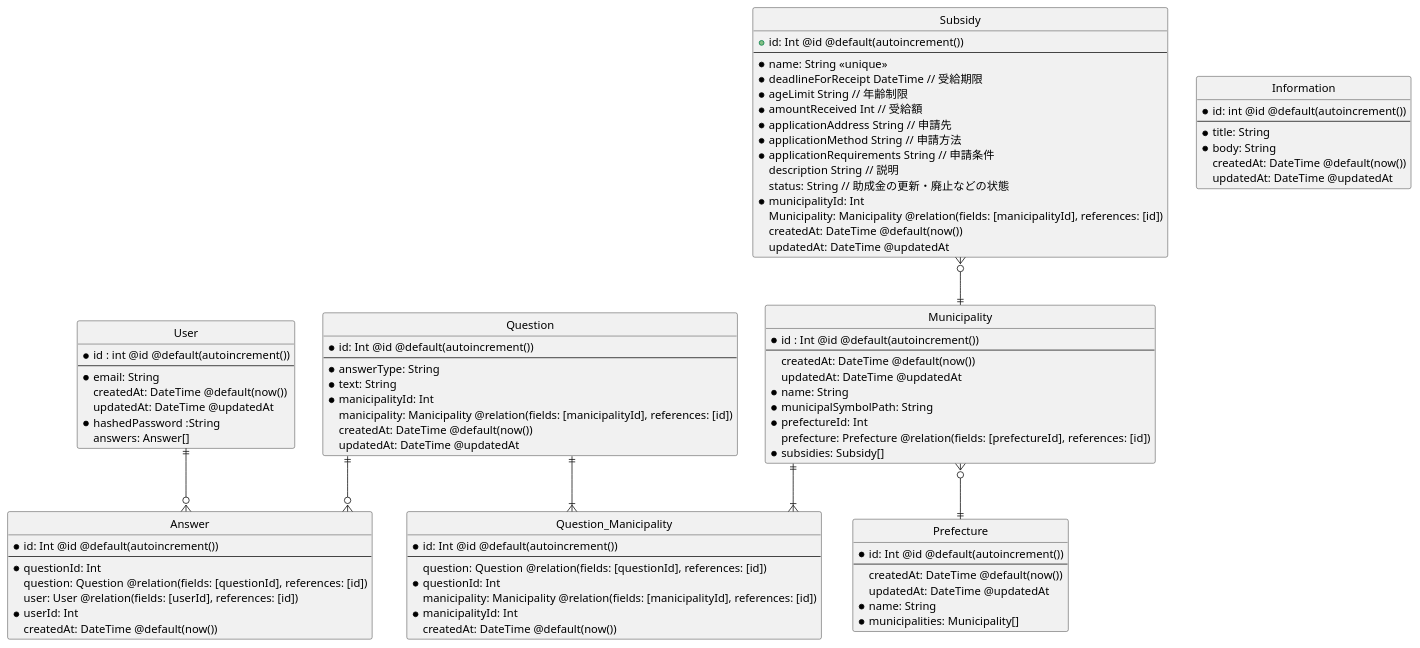
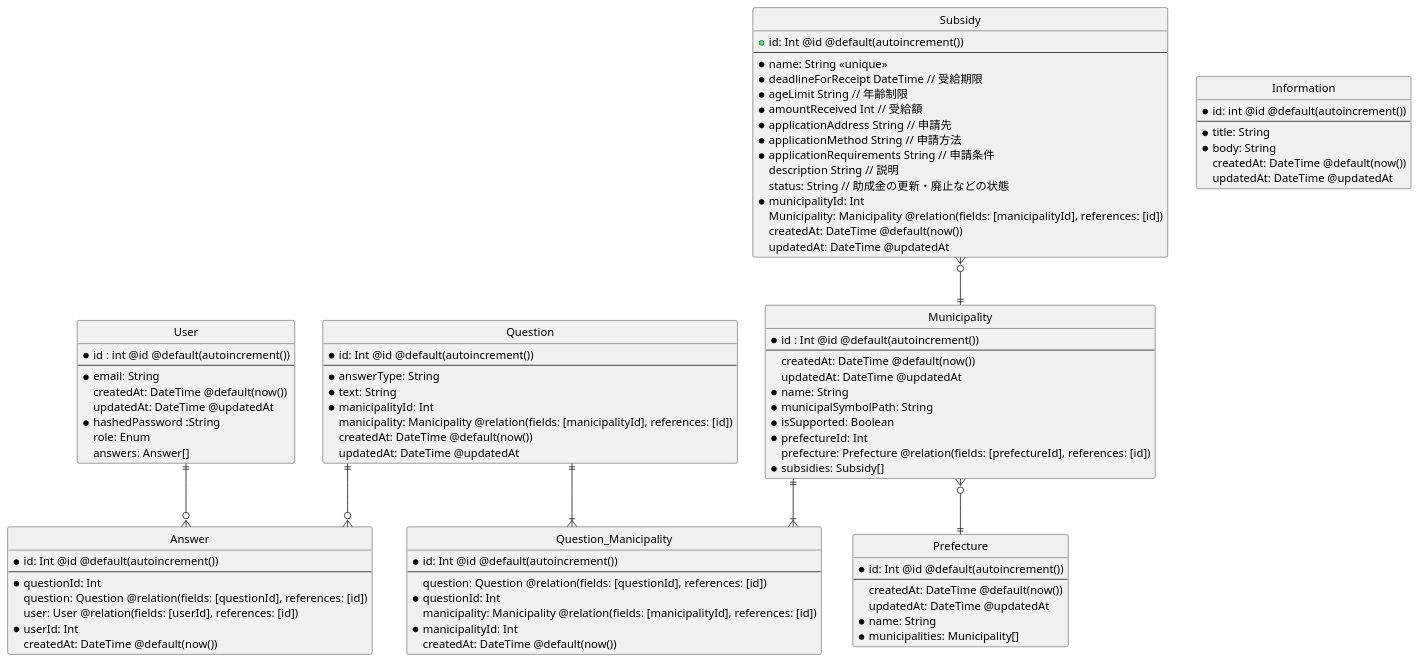
Before and after one commit to gigi434/ReStartNow: the diagram in app/backend/archive/db/physical design.pu, drawn with PlantUML. The commit also changed 13 other files, not shown here.

```diff
--- a/app/backend/archive/db/physical design.pu
+++ b/app/backend/archive/db/physical design.pu
@@ -1,109 +1,111 @@
 @startuml failure-story
 
 ' hide the spot
 hide circle
 
 ' avoid problems with angled crows feet
 skinparam linetype ortho
 
 entity "User" as user {
     *id : int @id @default(autoincrement())
     --
     *email: String
     createdAt: DateTime @default(now())
     updatedAt: DateTime @updatedAt
     *hashedPassword :String
+    role: Enum
     answers: Answer[]
 }
 
 entity "Municipality" as manicipality {
     *id : Int @id @default(autoincrement())
     --
     createdAt: DateTime @default(now())                  
     updatedAt: DateTime @updatedAt                  
     *name: String
     *municipalSymbolPath: String
+    *isSupported: Boolean
     *prefectureId: Int
     prefecture: Prefecture @relation(fields: [prefectureId], references: [id])
     *subsidies: Subsidy[]
 }
 
 entity "Information" as information {
     *id: int @id @default(autoincrement())
     --
     *title: String
     *body: String
     createdAt: DateTime @default(now())
     updatedAt: DateTime @updatedAt
 }
 
 entity "Prefecture" as prefecture {
     *id: Int @id @default(autoincrement())
     --
     createdAt: DateTime @default(now())
     updatedAt: DateTime @updatedAt
     *name: String
     *municipalities: Municipality[]
 }
 
 entity "Subsidy" as subsidy {
     +id: Int @id @default(autoincrement())
   --
     *name: String <<unique>>
     *deadlineForReceipt DateTime // 受給期限
     *ageLimit String // 年齢制限
     *amountReceived Int // 受給額
     *applicationAddress String // 申請先
     *applicationMethod String // 申請方法
     *applicationRequirements String // 申請条件
     description String // 説明
     status: String // 助成金の更新・廃止などの状態
     *municipalityId: Int
     Municipality: Manicipality @relation(fields: [manicipalityId], references: [id])
     createdAt: DateTime @default(now())
     updatedAt: DateTime @updatedAt
 }
 
 ' 一問一答の質問
 entity "Question" as question {
     *id: Int @id @default(autoincrement())
     --
     *answerType: String
     *text: String
     *manicipalityId: Int
     manicipality: Manicipality @relation(fields: [manicipalityId], references: [id])
     createdAt: DateTime @default(now())
     updatedAt: DateTime @updatedAt
 }
 
 ' ユーザーの答えを保存するテーブル
 entity "Answer" as answer {
     *id: Int @id @default(autoincrement())
     --
     *questionId: Int
     question: Question @relation(fields: [questionId], references: [id])
     user: User @relation(fields: [userId], references: [id])
     *userId: Int 
     createdAt: DateTime @default(now())
 }
 
 entity "Question_Manicipality" as questionOnManicipality {
     *id: Int @id @default(autoincrement())
     --
     question: Question @relation(fields: [questionId], references: [id])
     *questionId: Int
     manicipality: Manicipality @relation(fields: [manicipalityId], references: [id])
     *manicipalityId: Int
     createdAt: DateTime @default(now())
 }
 
 manicipality }o--|| prefecture
 question ||--o{ answer
 question ||--|{ questionOnManicipality
 manicipality ||--|{ questionOnManicipality
 subsidy }o--|| manicipality
 user ||--o{ answer
 
 
 
 @enduml
```
